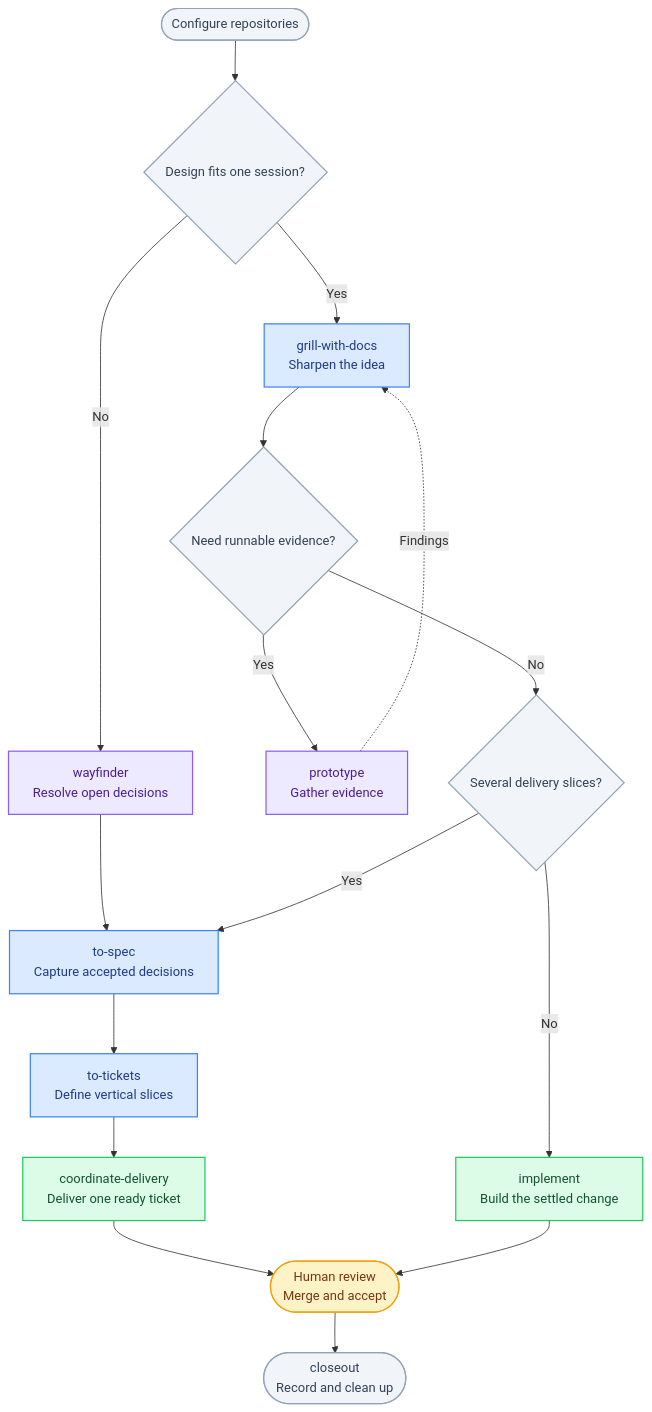
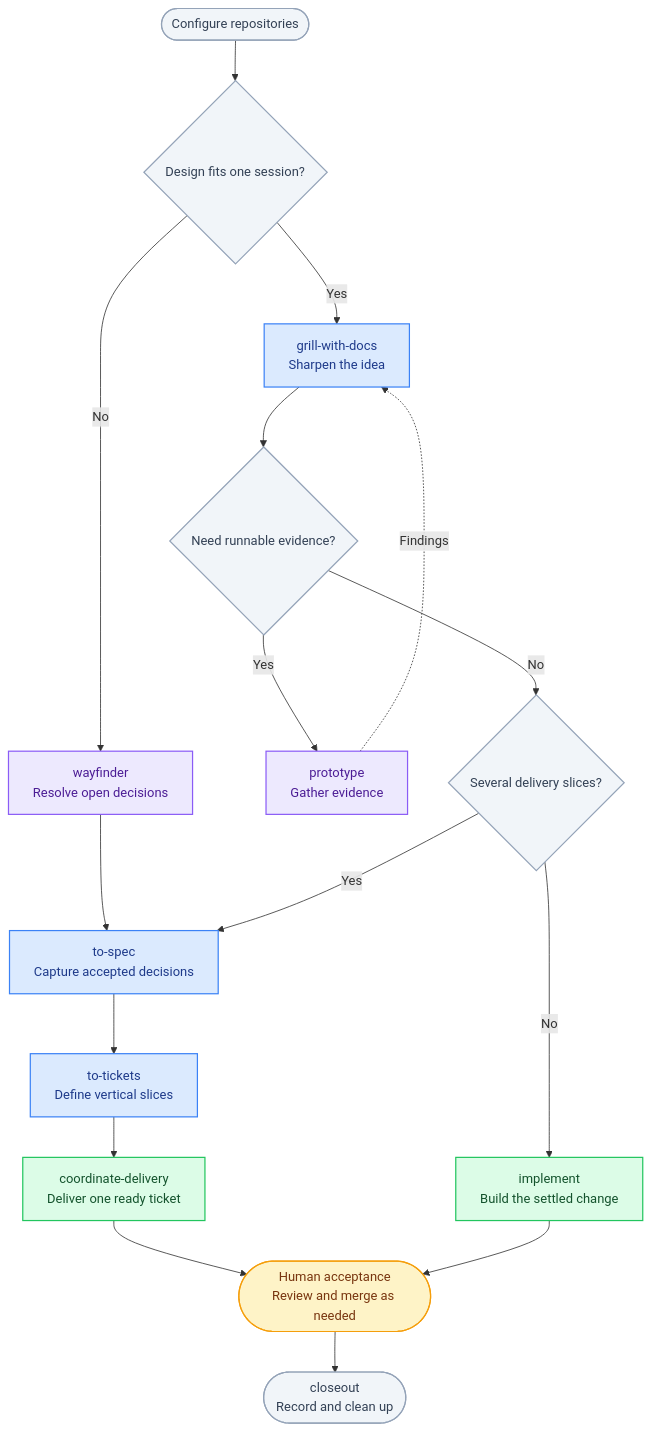
The diagram in README.md (siarhei-belavus/agent-smitt), drawn with Mermaid before and after one commit. The commit also changed other lines of this file and 22 other files, not shown here.

````diff
--- a/README.md
+++ b/README.md
@@ -57,30 +57,30 @@
 ```mermaid
 flowchart TD
     Setup([Configure repositories]) --> Effort{Design fits one session?}
     Effort -->|Yes| Idea["grill-with-docs<br/>Sharpen the idea"]
     Effort -->|No| Wayfinder["wayfinder<br/>Resolve open decisions"]
     Wayfinder --> Spec["to-spec<br/>Capture accepted decisions"]
     Idea --> Evidence{Need runnable evidence?}
     Evidence -->|Yes| Prototype["prototype<br/>Gather evidence"]
     Prototype -.->|Findings| Idea
     Evidence -->|No| Scope{Several delivery slices?}
     Scope -->|No| Implement["implement<br/>Build the settled change"]
     Scope -->|Yes| Spec
     Spec --> Tickets["to-tickets<br/>Define vertical slices"]
     Tickets --> Delivery["coordinate-delivery<br/>Deliver one ready ticket"]
-    Delivery --> Human([Human review<br/>Merge and accept])
+    Delivery --> Human([Human acceptance<br/>Review and merge as needed])
     Implement --> Human
     Human --> Close([closeout<br/>Record and clean up])
 
     classDef planning fill:#dbeafe,stroke:#3b82f6,color:#1e3a8a,stroke-width:1.5px
     classDef discovery fill:#ede9fe,stroke:#8b5cf6,color:#4c1d95,stroke-width:1.5px
     classDef execution fill:#dcfce7,stroke:#22c55e,color:#14532d,stroke-width:1.5px
     classDef human fill:#fef3c7,stroke:#f59e0b,color:#78350f,stroke-width:1.5px
     classDef neutral fill:#f1f5f9,stroke:#94a3b8,color:#334155,stroke-width:1.5px
 
     class Idea,Spec,Tickets planning
     class Wayfinder,Prototype discovery
     class Implement,Delivery execution
     class Human human
     class Setup,Effort,Evidence,Scope,Close neutral
 ```
````
